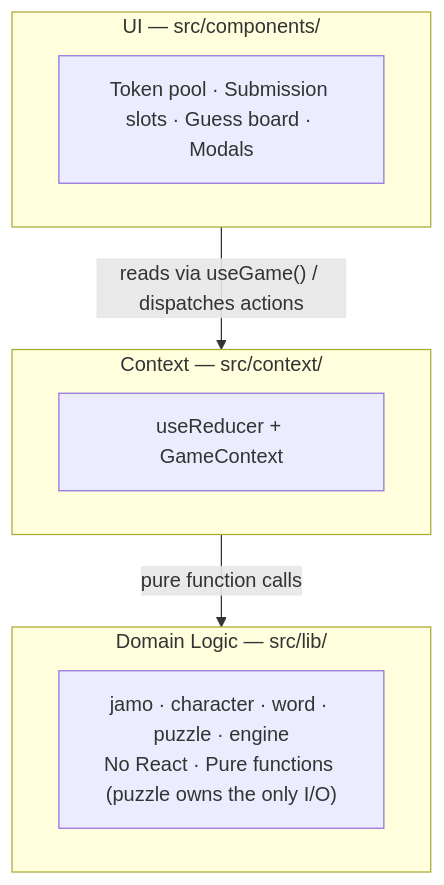
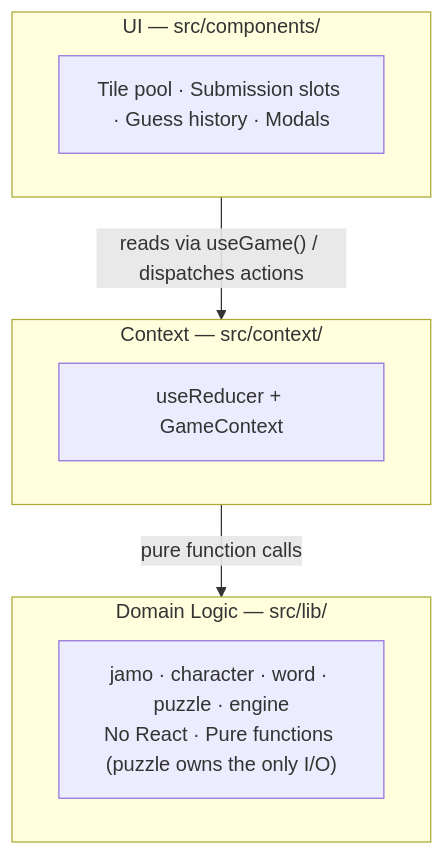
The diagram in docs/architecture.md (saharathkleips/binglebingle), drawn with Mermaid before and after one commit. The commit also changed other lines of this file and 51 other files, not shown here.

````diff
--- a/docs/architecture.md
+++ b/docs/architecture.md
@@ -7,17 +7,17 @@
 ```mermaid
 flowchart TD
     subgraph UI["UI — src/components/"]
-        ui["Token pool · Submission slots · Guess board · Modals"]
+        ui["Tile pool · Submission slots · Guess history · Modals"]
     end
 
     subgraph State["Context — src/context/"]
         state["useReducer + GameContext"]
     end
 
     subgraph Domain["Domain Logic — src/lib/"]
         domain["jamo · character · word · puzzle · engine\nNo React · Pure functions (puzzle owns the only I/O)"]
     end
 
     UI -->|"reads via useGame() / dispatches actions"| State
     State -->|"pure function calls"| Domain
 ```
````
